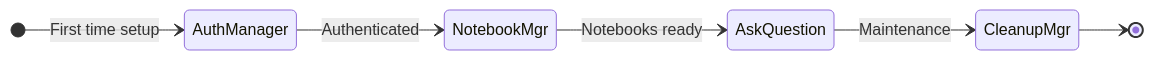
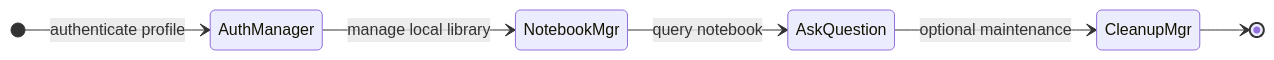
One commit to khengyun/notebooklm-experts-skill changed the first of 5 diagrams in references/api-reference.md. Above: the diagram before and after it, drawn with Mermaid. The commit also changed other lines of this file and 23 other files, not shown here.

````diff
--- a/references/api-reference.md
+++ b/references/api-reference.md
@@ -11,9 +13,9 @@
 ```mermaid
 stateDiagram-v2
     direction LR
-    [*] --> AuthManager: First time setup
-    AuthManager --> NotebookMgr: Authenticated
-    NotebookMgr --> AskQuestion: Notebooks ready
-    AskQuestion --> CleanupMgr: Maintenance
+    [*] --> AuthManager: authenticate profile
+    AuthManager --> NotebookMgr: manage local library
+    NotebookMgr --> AskQuestion: query notebook
+    AskQuestion --> CleanupMgr: optional maintenance
     CleanupMgr --> [*]
 ```
````
